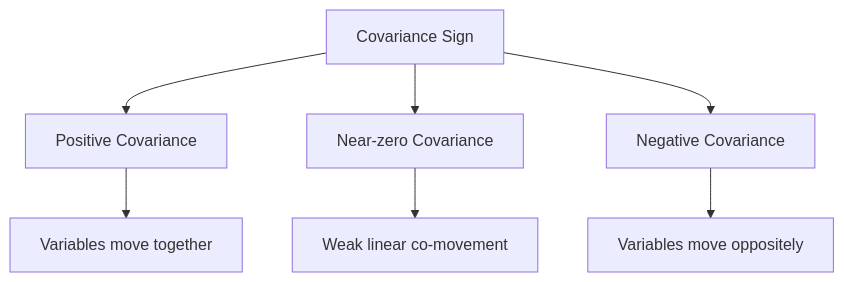
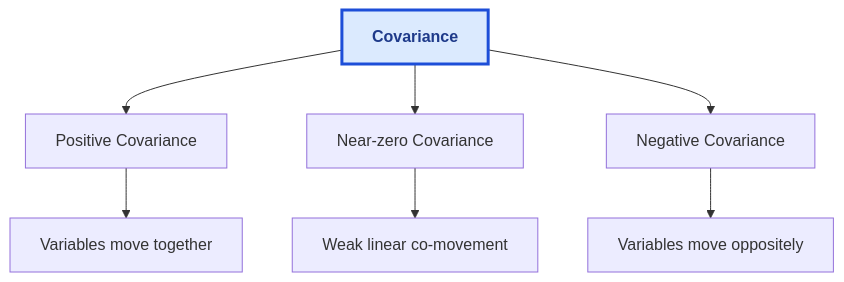
Before and after one commit to ilwon-seo/terms: the first of 2 diagrams in C/Covariance.md, drawn with Mermaid. The commit also changed other lines of this file and 18 other files, not shown here.

Commit message:
Standardize current-term Mermaid styling

````diff
--- a/C/Covariance.md
+++ b/C/Covariance.md
@@ -123,11 +123,13 @@
 ```mermaid
 flowchart TD
-    C[Covariance Sign]
+    C[Covariance]
     C --> P[Positive Covariance]
     C --> Z[Near-zero Covariance]
     C --> N[Negative Covariance]
 
     P --> P1[Variables move together]
     N --> N1[Variables move oppositely]
     Z --> Z1[Weak linear co-movement]
+    classDef currentTerm fill:#dbeafe,stroke:#1d4ed8,stroke-width:3px,color:#1e3a8a,font-weight:bold
+    class C currentTerm
 ```
````
